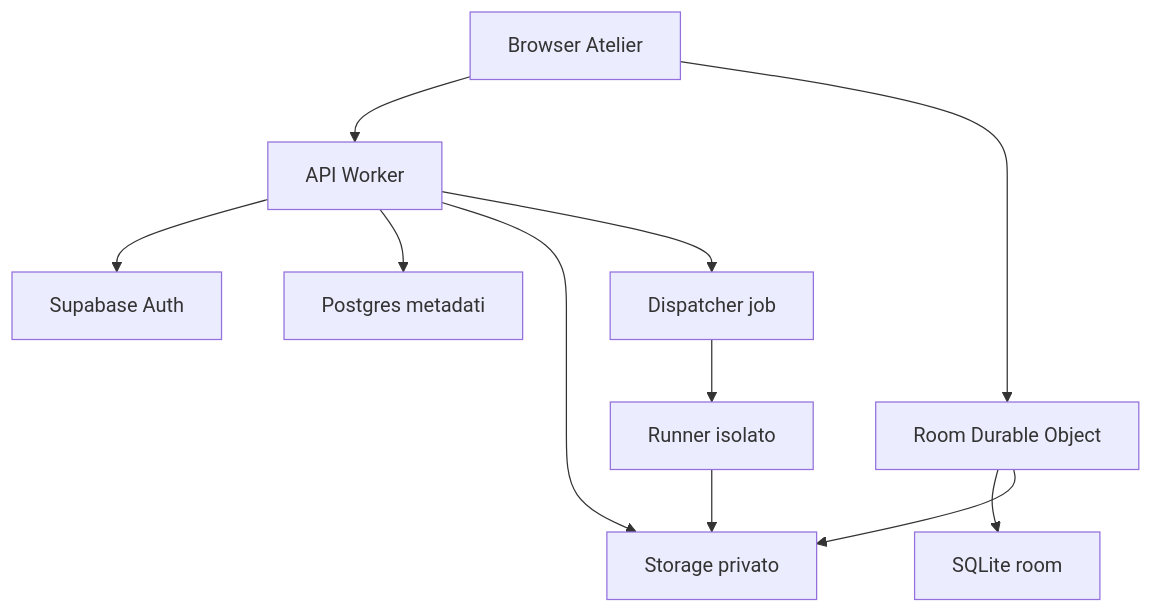
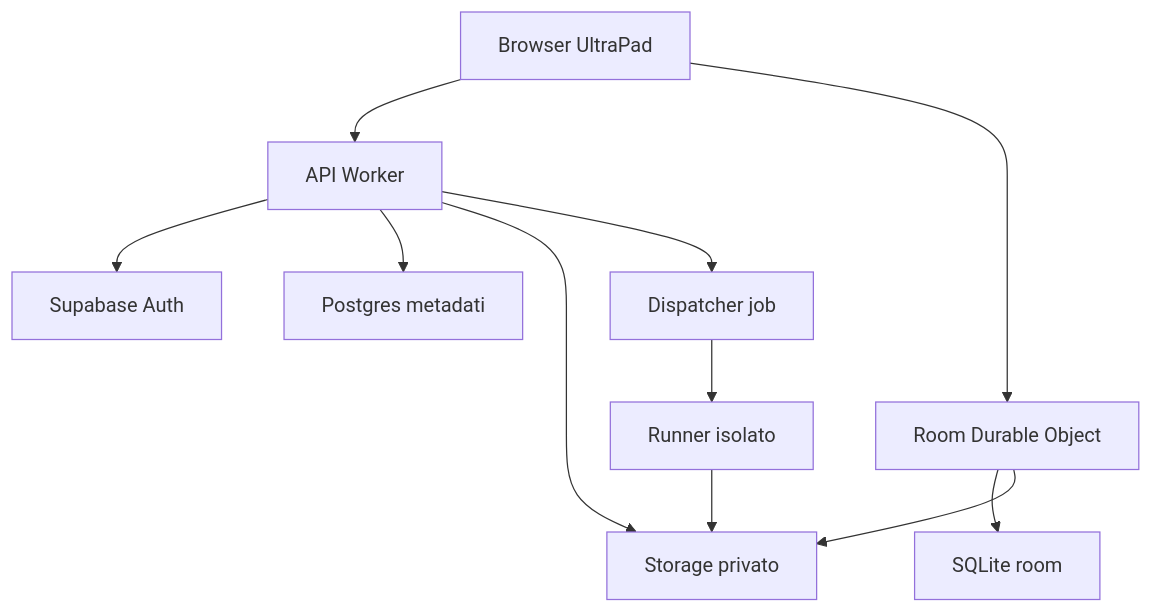
Before and after one commit to SimoRega/UltraPad: the first of 2 diagrams in docs/SDD.md, drawn with Mermaid. The commit also changed other lines of this file and 28 other files, not shown here.

First line of the commit message:
Implement UltraPad v1.1 home, personal files, themes and format tools

````diff
--- a/docs/SDD.md
+++ b/docs/SDD.md
@@ -265,13 +265,13 @@
 ```mermaid
 flowchart TD
-    UI[Browser Atelier] --> API[API Worker]
+    UI[Browser UltraPad] --> API[API Worker]
     UI --> ROOM[Room Durable Object]
     API --> AUTH[Supabase Auth]
     API --> PG[Postgres metadati]
     API --> ASSET[Storage privato]
     ROOM --> LOCAL[SQLite room]
     ROOM --> ASSET
     API --> JOB[Dispatcher job]
     JOB --> RUN[Runner isolato]
     RUN --> ASSET
 ```
````
